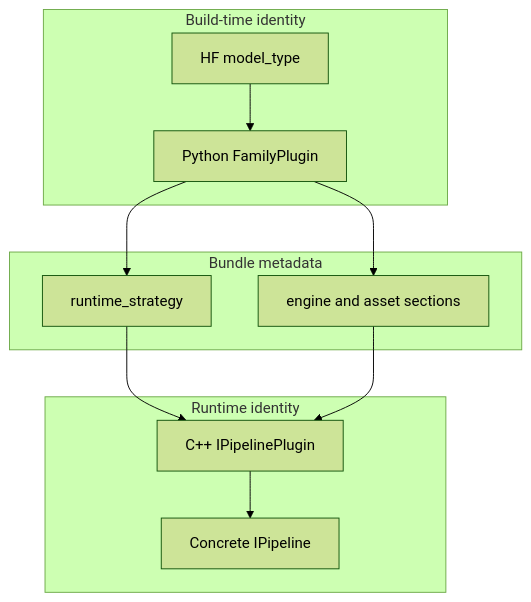
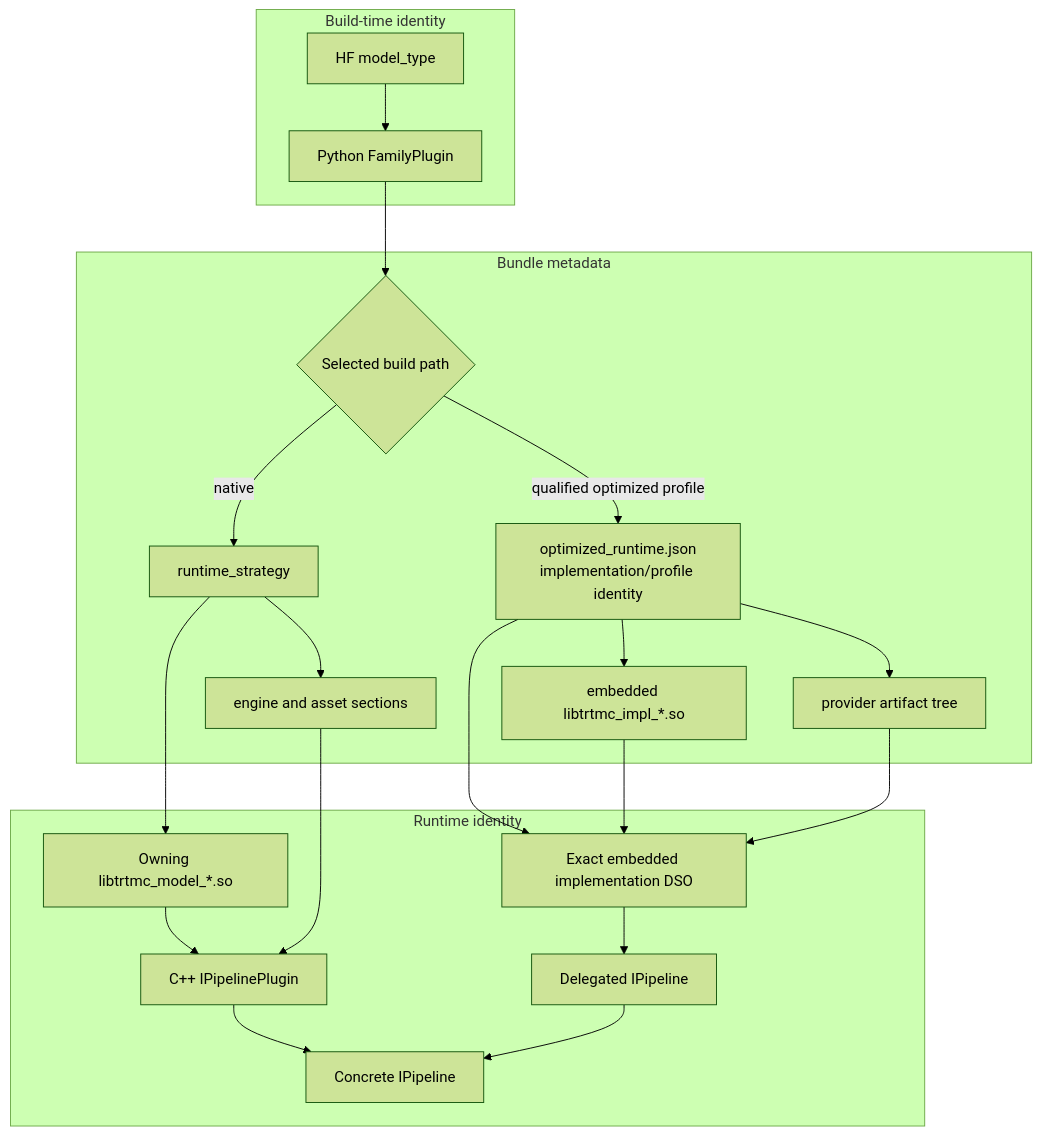
The third of 6 diagrams in website/docs/architecture/overview.md (AbishekCoder1/TensorRT-Model-Connect), drawn with Mermaid (forest theme) before and after one commit. The commit also changed other lines of this file and 83 other files, not shown here.

````diff
--- a/website/docs/architecture/overview.md
+++ b/website/docs/architecture/overview.md
@@ -122,17 +168,27 @@
 ```mermaid
 flowchart TB
   subgraph BuildTime["Build-time identity"]
     ModelType["HF model_type"] --> Family["Python FamilyPlugin"]
   end
 
   subgraph BundleTime["Bundle metadata"]
-    Family --> Strategy["runtime_strategy"]
-    Family --> Sections["engine and asset sections"]
+    Family --> BuildPath{"Selected build path"}
+    BuildPath -->|native| Strategy["runtime_strategy"]
+    Strategy --> Sections["engine and asset sections"]
+    BuildPath -->|qualified optimized profile| Descriptor["optimized_runtime.json<br/>implementation/profile identity"]
+    Descriptor --> ProviderLibrary["embedded libtrtmc_impl_*.so"]
+    Descriptor --> ProviderArtifacts["provider artifact tree"]
   end
 
   subgraph RunTime["Runtime identity"]
-    Strategy --> CppPlugin["C++ IPipelinePlugin"]
+    Strategy --> DSO["Owning libtrtmc_model_*.so"]
+    DSO --> CppPlugin["C++ IPipelinePlugin"]
     Sections --> CppPlugin
+    Descriptor --> ProviderDSO["Exact embedded implementation DSO"]
+    ProviderLibrary --> ProviderDSO
+    ProviderArtifacts --> ProviderDSO
+    ProviderDSO --> Delegated["Delegated IPipeline"]
     CppPlugin --> Pipeline["Concrete IPipeline"]
+    Delegated --> Pipeline
   end
 ```
````
